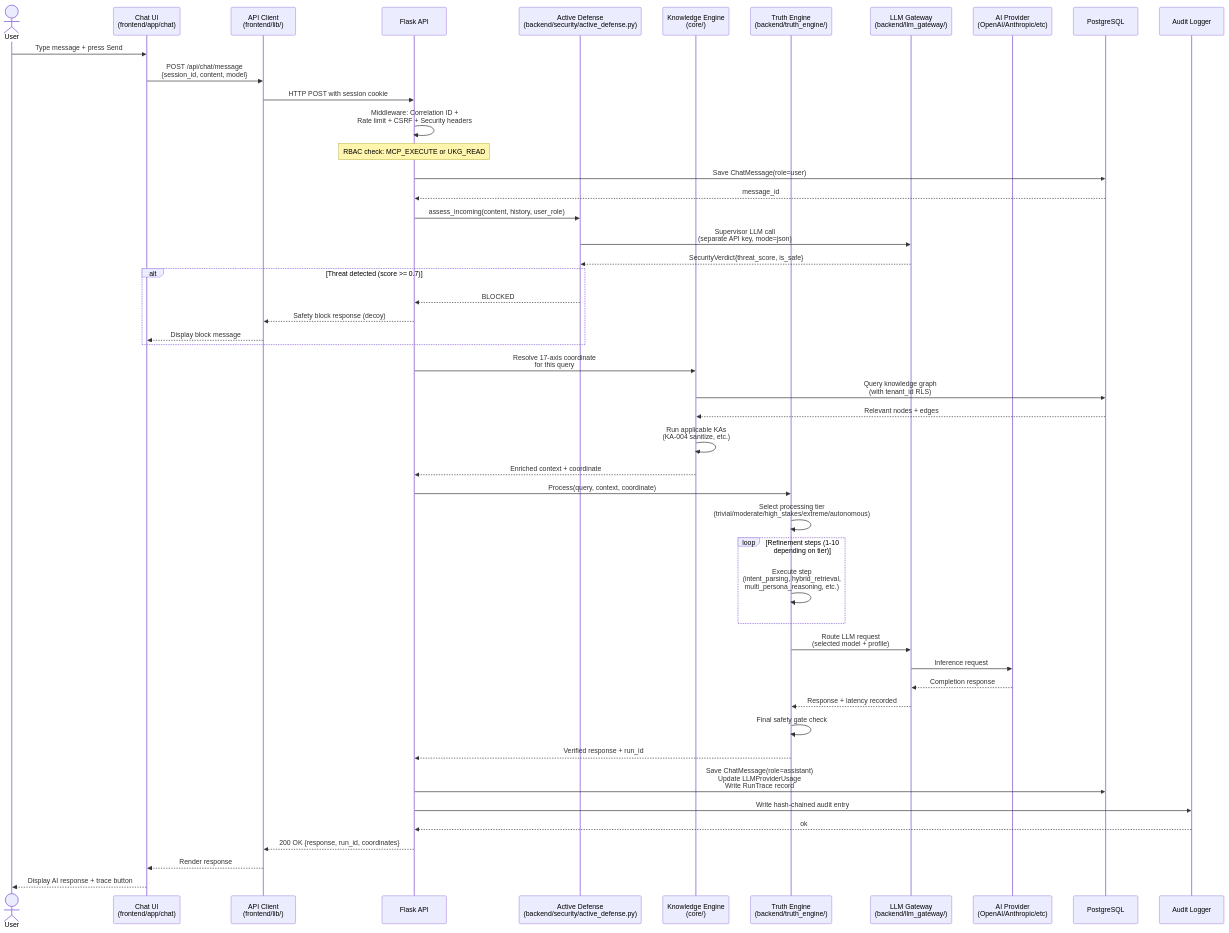
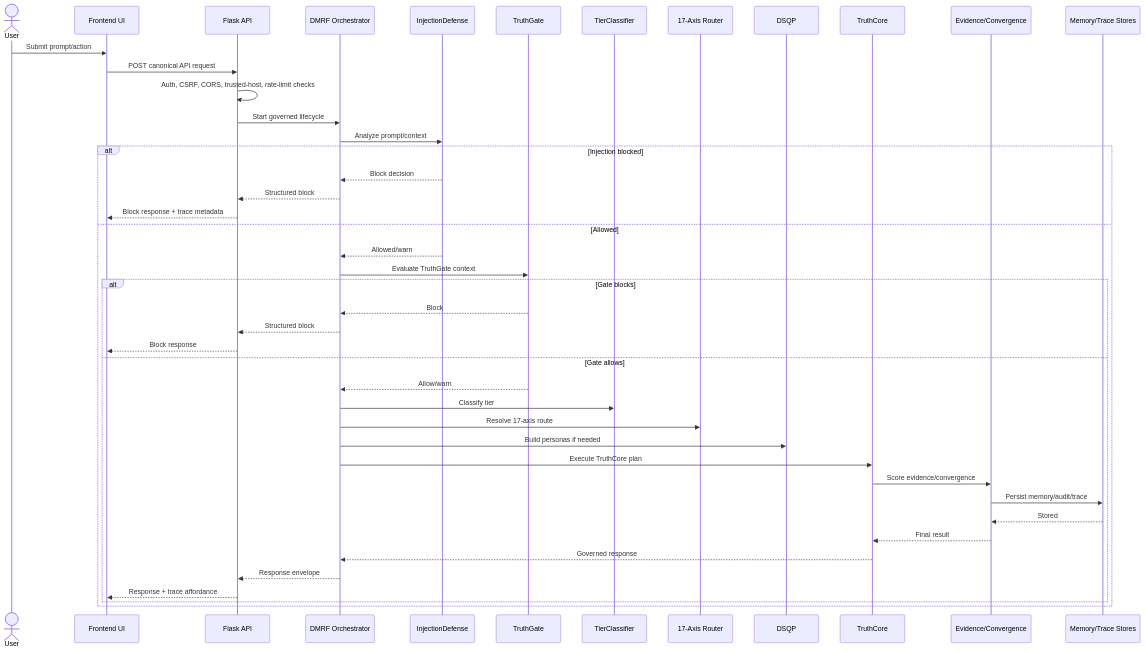
Before and after one commit to kherrera6219/DataLogicEngine: the third of 10 diagrams in docs/SEQUENCE_DIAGRAMS.md, drawn with Mermaid. The commit also changed other lines of this file, not shown here.

Commit message:
docs: refresh sequence diagrams

````diff
--- a/docs/SEQUENCE_DIAGRAMS.md
+++ b/docs/SEQUENCE_DIAGRAMS.md
@@ -143,65 +82,47 @@
 ```mermaid
 sequenceDiagram
     actor User
-    participant UI as Chat UI<br/>(frontend/app/chat)
-    participant APIClient as API Client<br/>(frontend/lib/)
-    participant Flask as Flask API
-    participant ActiveDef as Active Defense<br/>(backend/security/active_defense.py)
-    participant Knowledge as Knowledge Engine<br/>(core/)
-    participant TruthEngine as Truth Engine<br/>(backend/truth_engine/)
-    participant LLMGateway as LLM Gateway<br/>(backend/llm_gateway/)
-    participant Provider as AI Provider<br/>(OpenAI/Anthropic/etc)
-    participant DB as PostgreSQL
-    participant AuditLog as Audit Logger
+    participant UI as Frontend UI
+    participant API as Flask API
+    participant DMRF as DMRF Orchestrator
+    participant Inject as InjectionDefense
+    participant Gate as TruthGate
+    participant Tier as TierClassifier
+    participant Axis as 17-Axis Router
+    participant DSQP as DSQP
+    participant Core as TruthCore
+    participant Evidence as Evidence/Convergence
+    participant Memory as Memory/Trace Stores
 
-    User->>UI: Type message + press Send
-    UI->>APIClient: POST /api/chat/message<br/>{session_id, content, model}
-
-    APIClient->>Flask: HTTP POST with session cookie
-
-    Flask->>Flask: Middleware: Correlation ID +<br/>Rate limit + CSRF + Security headers
-
-    Note over Flask: RBAC check: MCP_EXECUTE or UKG_READ
-
-    Flask->>DB: Save ChatMessage(role=user)
-    DB-->>Flask: message_id
-
-    Flask->>ActiveDef: assess_incoming(content, history, user_role)
-    ActiveDef->>LLMGateway: Supervisor LLM call<br/>(separate API key, mode=json)
-    LLMGateway-->>ActiveDef: SecurityVerdict{threat_score, is_safe}
-
-    alt Threat detected (score >= 0.7)
-        ActiveDef-->>Flask: BLOCKED
-        Flask-->>APIClient: Safety block response (decoy)
-        APIClient-->>UI: Display block message
+    User->>UI: Submit prompt/action
+    UI->>API: POST canonical API request
+    API->>API: Auth, CSRF, CORS, trusted-host, rate-limit checks
+    API->>DMRF: Start governed lifecycle
+    DMRF->>Inject: Analyze prompt/context
+    alt Injection blocked
+        Inject-->>DMRF: Block decision
+        DMRF-->>API: Structured block
+        API-->>UI: Block response + trace metadata
+    else Allowed
+        Inject-->>DMRF: Allowed/warn
+        DMRF->>Gate: Evaluate TruthGate context
+        alt Gate blocks
+            Gate-->>DMRF: Block
+            DMRF-->>API: Structured block
+            API-->>UI: Block response
+        else Gate allows
+            Gate-->>DMRF: Allow/warn
+            DMRF->>Tier: Classify tier
+            DMRF->>Axis: Resolve 17-axis route
+            DMRF->>DSQP: Build personas if needed
+            DMRF->>Core: Execute TruthCore plan
+            Core->>Evidence: Score evidence/convergence
+            Evidence->>Memory: Persist memory/audit/trace
+            Memory-->>Evidence: Stored
+            Evidence-->>Core: Final result
+            Core-->>DMRF: Governed response
+            DMRF-->>API: Response envelope
+            API-->>UI: Response + trace affordance
+        end
     end
-
-    Flask->>Knowledge: Resolve 17-axis coordinate<br/>for this query
-    Knowledge->>DB: Query knowledge graph<br/>(with tenant_id RLS)
-    DB-->>Knowledge: Relevant nodes + edges
-    Knowledge->>Knowledge: Run applicable KAs<br/>(KA-004 sanitize, etc.)
-    Knowledge-->>Flask: Enriched context + coordinate
-
-    Flask->>TruthEngine: Process(query, context, coordinate)
-    TruthEngine->>TruthEngine: Select processing tier<br/>(trivial/moderate/high_stakes/extreme/autonomous)
-
-    loop Refinement steps (1-10 depending on tier)
-        TruthEngine->>TruthEngine: Execute step<br/>(intent_parsing, hybrid_retrieval,<br/>multi_persona_reasoning, etc.)
-    end
-
-    TruthEngine->>LLMGateway: Route LLM request<br/>(selected model + profile)
-    LLMGateway->>Provider: Inference request
-    Provider-->>LLMGateway: Completion response
-    LLMGateway-->>TruthEngine: Response + latency recorded
-
-    TruthEngine->>TruthEngine: Final safety gate check
-    TruthEngine-->>Flask: Verified response + run_id
-
-    Flask->>DB: Save ChatMessage(role=assistant)<br/>Update LLMProviderUsage<br/>Write RunTrace record
-    Flask->>AuditLog: Write hash-chained audit entry
-    AuditLog-->>Flask: ok
-
-    Flask-->>APIClient: 200 OK {response, run_id, coordinates}
-    APIClient-->>UI: Render response
-    UI-->>User: Display AI response + trace button
 ```
````
